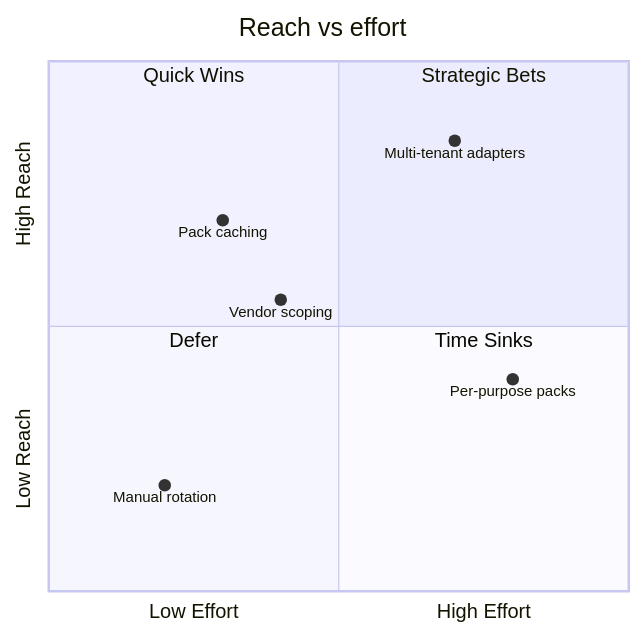
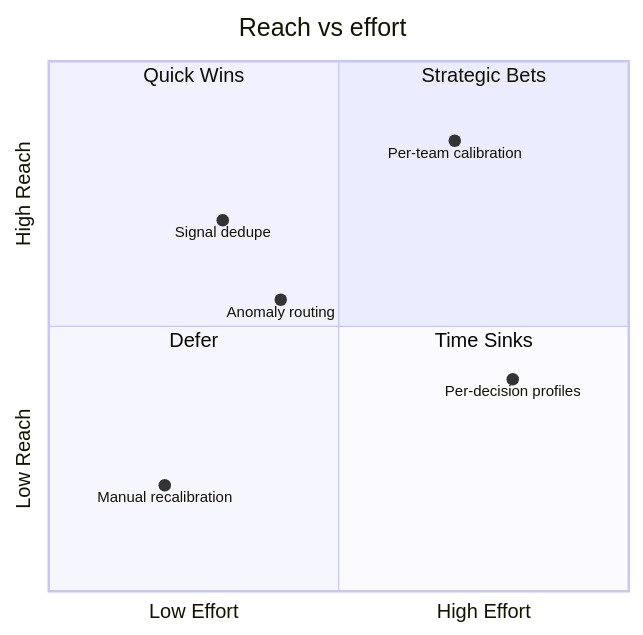
The ninth of 25 diagrams in lib/components/diagram/diagram/diagram.gallery.md (SlideWright/lattice), drawn with Mermaid before and after one commit. The commit also changed other lines of this file and 81 other files, not shown here.

````diff
--- a/lib/components/diagram/diagram/diagram.gallery.md
+++ b/lib/components/diagram/diagram/diagram.gallery.md
@@ -271,15 +271,15 @@
 ```mermaid
 quadrantChart
   title Reach vs effort
   x-axis Low Effort --> High Effort
   y-axis Low Reach --> High Reach
   quadrant-1 Strategic Bets
   quadrant-2 Quick Wins
   quadrant-3 Defer
   quadrant-4 Time Sinks
-  Pack caching: [0.3, 0.7]
-  Multi-tenant adapters: [0.7, 0.85]
-  Per-purpose packs: [0.8, 0.4]
-  Vendor scoping: [0.4, 0.55]
-  Manual rotation: [0.2, 0.2]
+  Signal dedupe: [0.3, 0.7]
+  Per-team calibration: [0.7, 0.85]
+  Per-decision profiles: [0.8, 0.4]
+  Anomaly routing: [0.4, 0.55]
+  Manual recalibration: [0.2, 0.2]
 ```
````
